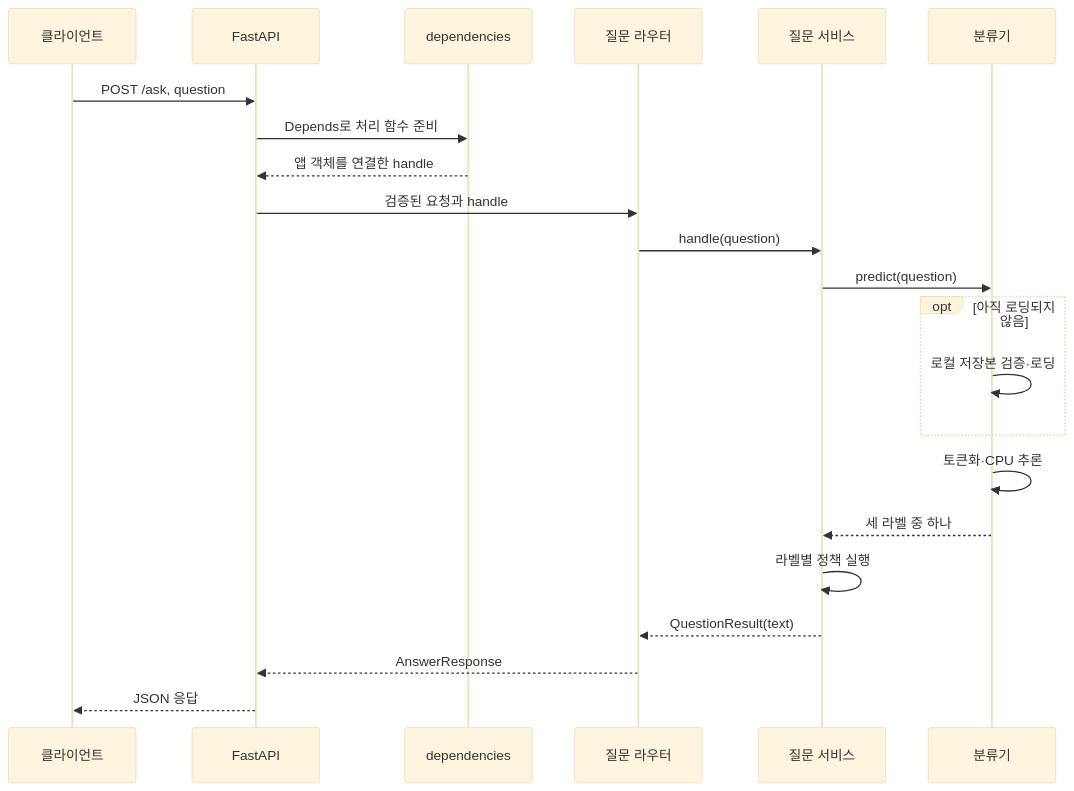
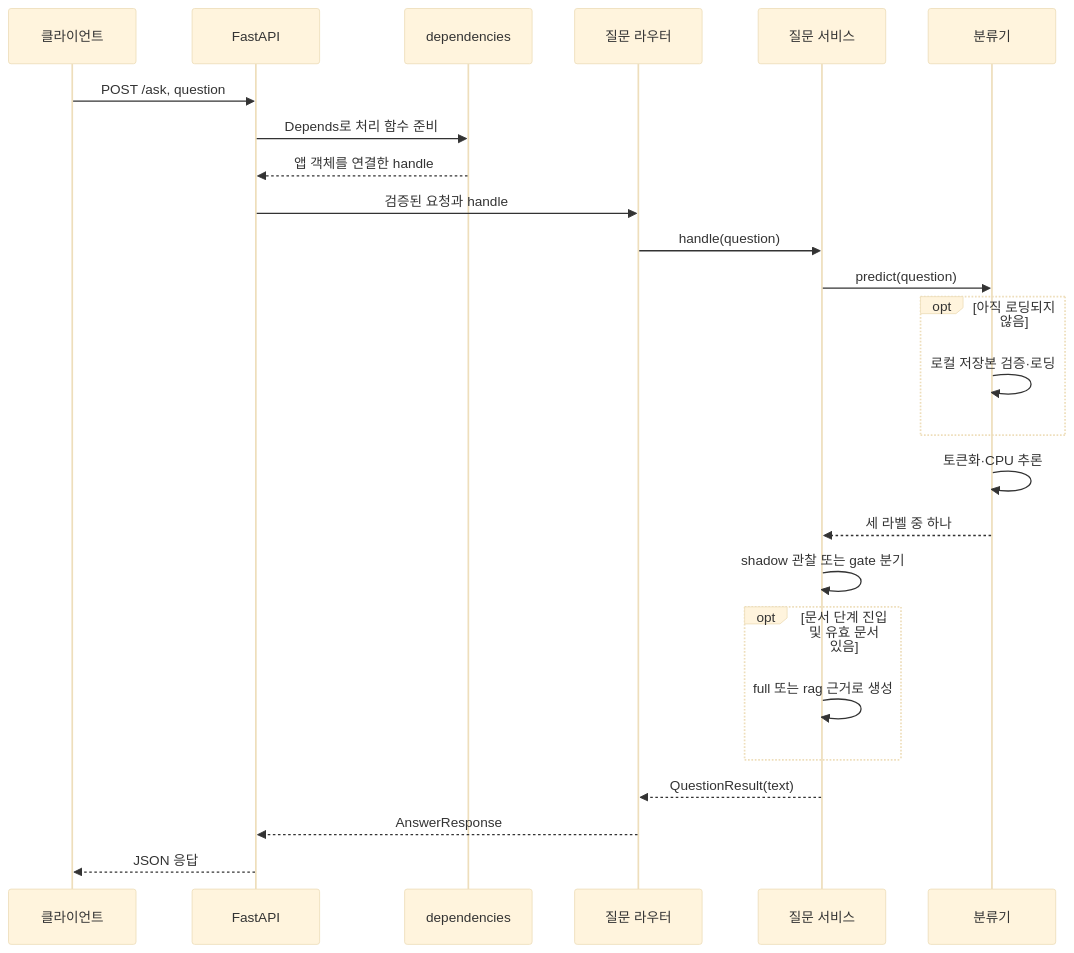
One commit to KANT-2nd-project/sanaebi changed the diagram in app/README.md. Above: the diagram before and after it, drawn with Mermaid (base theme). The commit also changed other lines of this file and 6 other files, not shown here.

````diff
--- a/app/README.md
+++ b/app/README.md
@@ -59,24 +59,27 @@
 ```mermaid
 sequenceDiagram
     participant Client as 클라이언트
     participant HTTP as FastAPI
     participant DI as dependencies
     participant Router as 질문 라우터
     participant Service as 질문 서비스
     participant Model as 분류기
     Client->>HTTP: POST /ask, question
     HTTP->>DI: Depends로 처리 함수 준비
     DI-->>HTTP: 앱 객체를 연결한 handle
     HTTP->>Router: 검증된 요청과 handle
     Router->>Service: handle(question)
     Service->>Model: predict(question)
     opt 아직 로딩되지 않음
         Model->>Model: 로컬 저장본 검증·로딩
     end
     Model->>Model: 토큰화·CPU 추론
     Model-->>Service: 세 라벨 중 하나
-    Service->>Service: 라벨별 정책 실행
+    Service->>Service: shadow 관찰 또는 gate 분기
+    opt 문서 단계 진입 및 유효 문서 있음
+        Service->>Service: full 또는 rag 근거로 생성
+    end
     Service-->>Router: QuestionResult(text)
     Router-->>HTTP: AnswerResponse
     HTTP-->>Client: JSON 응답
 ```
````
